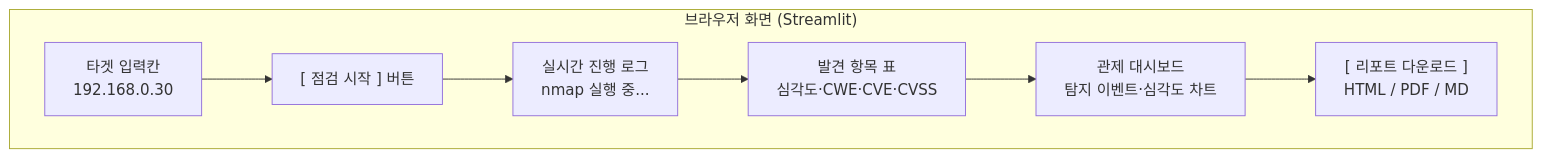
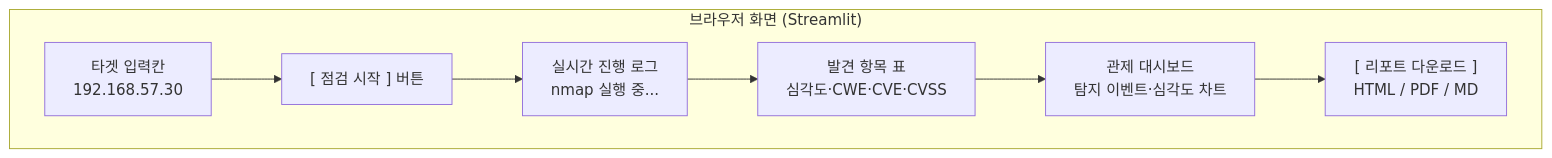
The first of 2 diagrams in _posts/1.응용강의/aiwebsec/2026-06-11-aiwebsec-23-streamlit-dashboard.md (sbaek100/sbaek100.github.io), drawn with Mermaid before and after one commit. The commit also changed other lines of this file and 518 other files, not shown here.

````diff
--- a/_posts/1.응용강의/aiwebsec/2026-06-11-aiwebsec-23-streamlit-dashboard.md
+++ b/_posts/1.응용강의/aiwebsec/2026-06-11-aiwebsec-23-streamlit-dashboard.md
@@ -58,12 +58,12 @@
 ```mermaid
 graph TB
     subgraph "브라우저 화면 (Streamlit)"
-        IN["타겟 입력칸<br/>192.168.0.30"]
+        IN["타겟 입력칸<br/>192.168.57.30"]
         BTN["[ 점검 시작 ] 버튼"]
         LOG["실시간 진행 로그<br/>nmap 실행 중..."]
         TBL["발견 항목 표<br/>심각도·CWE·CVE·CVSS"]
         SOC["관제 대시보드<br/>탐지 이벤트·심각도 차트"]
         RPT["[ 리포트 다운로드 ]<br/>HTML / PDF / MD"]
     end
     IN --> BTN --> LOG --> TBL --> SOC --> RPT
 ```
````
